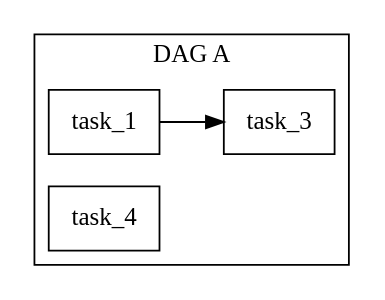
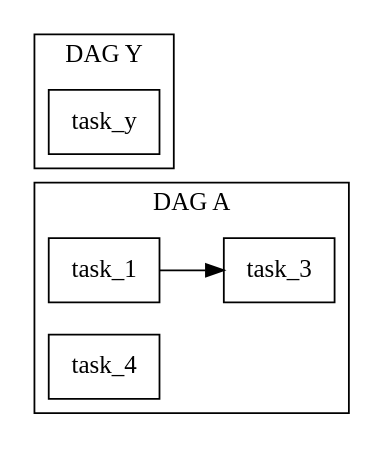
One commit to kmink3225/blog changed the third of 7 diagrams in docs/blog/posts/Engineering/airflow/11.airflow_functions.qmd. Above: the diagram before and after it, drawn with Graphviz. The commit also changed other lines of this file and 5 other files, not shown here.

````diff
--- a/docs/blog/posts/Engineering/airflow/11.airflow_functions.qmd
+++ b/docs/blog/posts/Engineering/airflow/11.airflow_functions.qmd
@@ -109,16 +114,22 @@
 ```{dot}
 digraph G {
   compound=true;
   rankdir=LR;
   subgraph cluster0 {
     rankdir=TB;
     task_1 [shape=box];
     task_3 [shape=box];
     task_4 [shape=box];
     label= "DAG A";
   }
+  subgraph cluster {
+    rankdir=TB;
+    task_y [shape=box];    
+   label= "DAG Y";
+ }
   task_1 -> task_3;
-  task_4
+  task_y;
+  task_4;
   
 }
 ```
````
